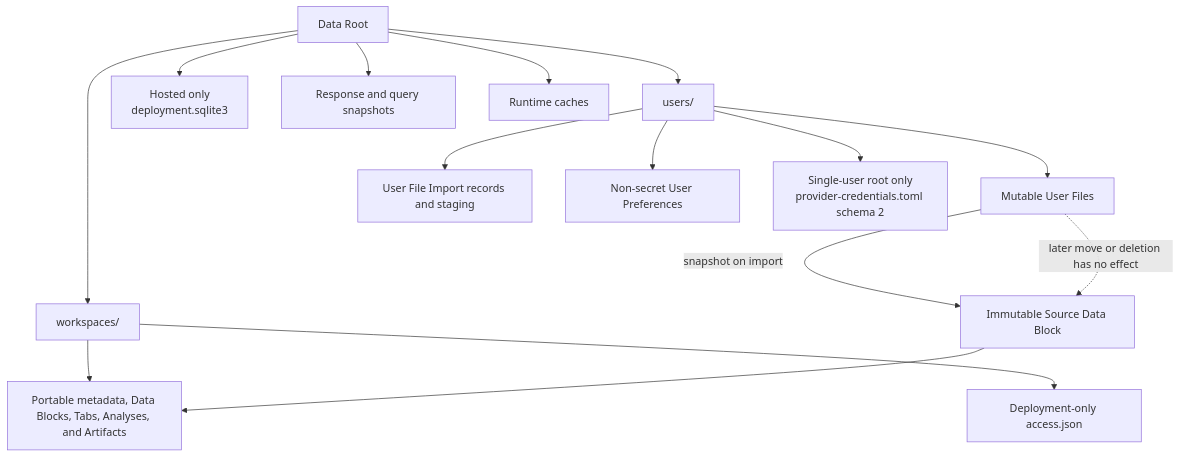
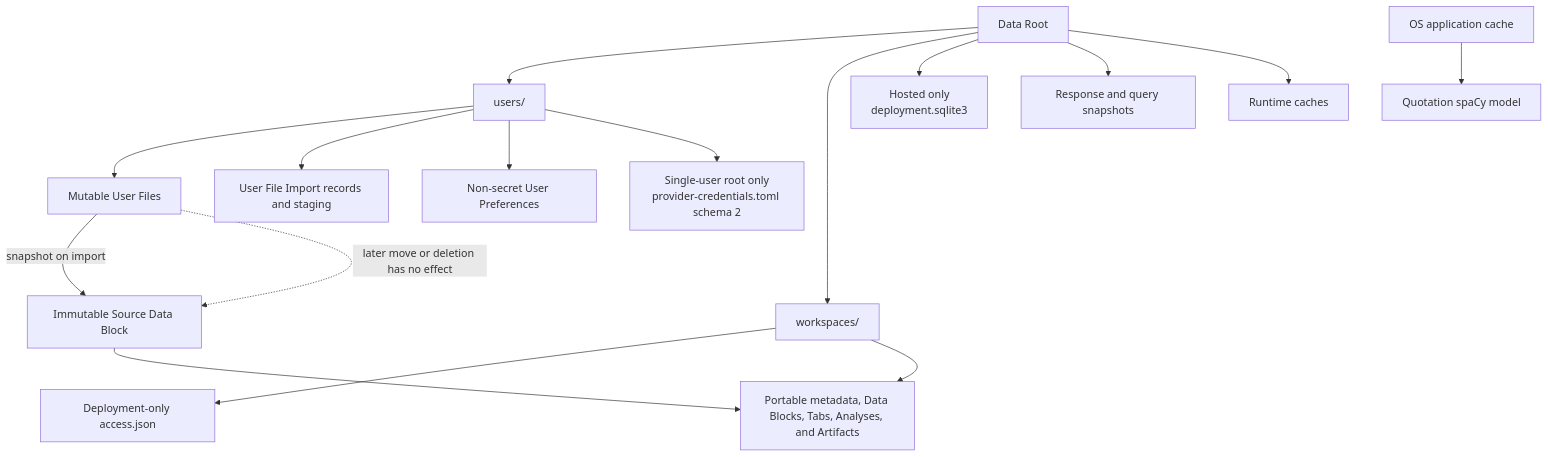
The diagram in docs/domain/files-and-storage.md (Australian-Text-Analytics-Platform/ldaca_web_app), drawn with Mermaid before and after one commit. The commit also changed other lines of this file and 12 other files, not shown here.

Commit message:
fix: cache spaCy model outside runtime

````diff
--- a/docs/domain/files-and-storage.md
+++ b/docs/domain/files-and-storage.md
@@ -36,18 +44,19 @@
 ```mermaid
 flowchart TB
     ROOT["Data Root"] --> USERS["users/<user-id>"]
     ROOT --> WORKSPACES["workspaces/<workspace-id>"]
     ROOT --> AUTH["Hosted only<br/>deployment.sqlite3"]
     ROOT --> SNAPSHOTS["Response and query snapshots"]
     ROOT --> CACHE["Runtime caches"]
+    PLATFORM_CACHE["OS application cache"] --> SPACY["Quotation spaCy model"]
 
     USERS --> FILES["Mutable User Files"]
     USERS --> IMPORTS["User File Import records and staging"]
     USERS --> PREFERENCES["Non-secret User Preferences"]
     USERS --> ROOT_CREDENTIALS["Single-user root only<br/>provider-credentials.toml schema 2"]
     WORKSPACES --> ACCESS["Deployment-only access.json"]
     WORKSPACES --> PORTABLE["Portable metadata, Data Blocks, Tabs, Analyses, and Artifacts"]
     FILES -->|"snapshot on import"| SOURCE["Immutable Source Data Block"]
     SOURCE --> PORTABLE
     FILES -. "later move or deletion has no effect" .-> SOURCE
 ```
````
